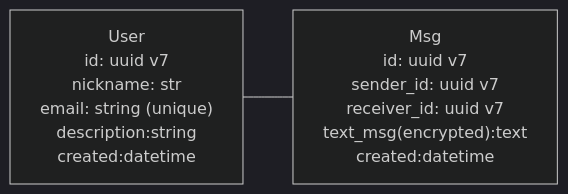
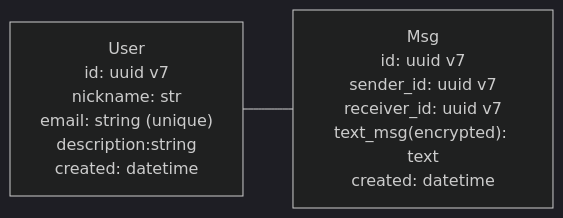
Before and after one commit to sevartz/mentorstvo: the diagram in analytics/er.md, drawn with Mermaid (dark theme).

````diff
--- a/analytics/er.md
+++ b/analytics/er.md
@@ -1,20 +1,21 @@
 ```mermaid
     flowchart LR
 
     user["User
     id: uuid v7
     nickname: str
     email: string (unique)
     description:string
-    created:datetime"]
+    created: datetime
+    "]
 
     message["Msg
     id: uuid v7
     sender_id: uuid v7
     receiver_id: uuid v7
-    text_msg(encrypted):text
-    created:datetime
+    text_msg(encrypted): text
+    created: datetime
     "]
 
     user --- message
 ```
````
